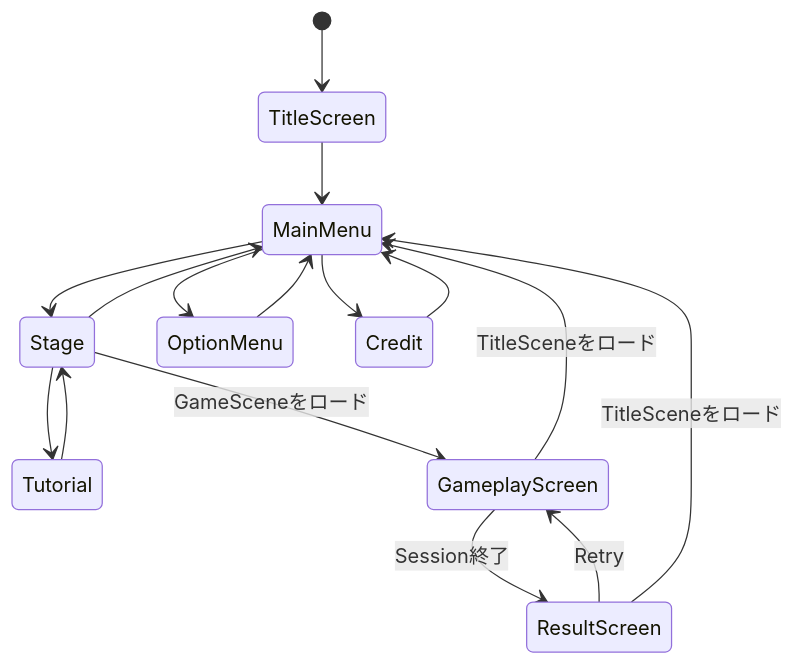
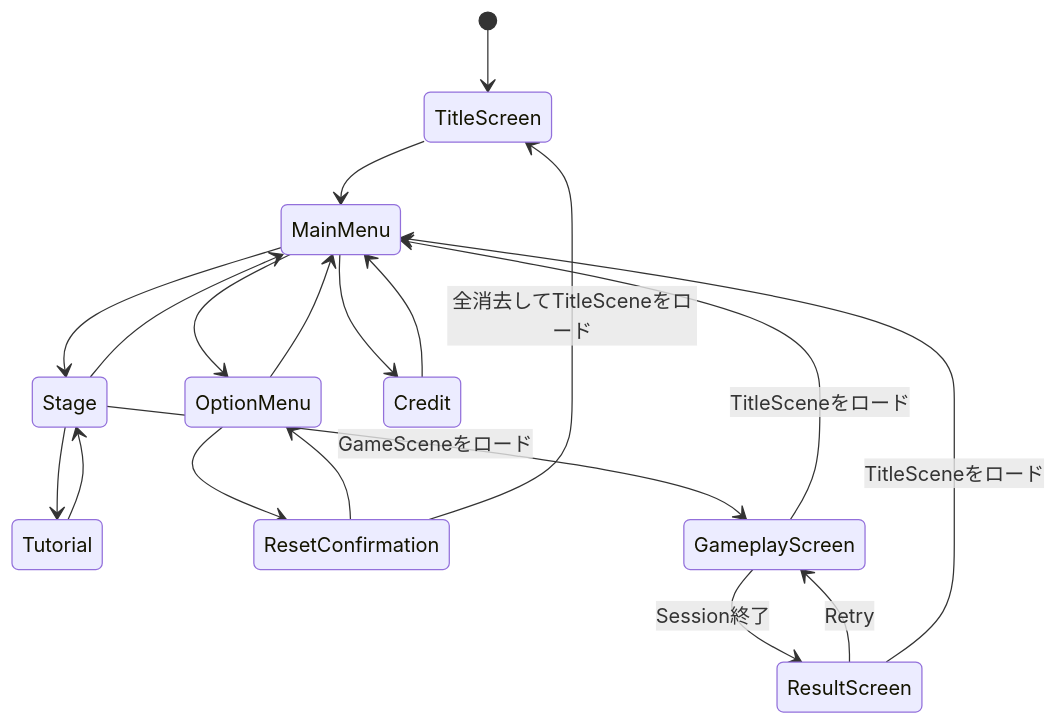
The first of 2 diagrams in docs/architecture/presentation/scene-navigation.md (MicomProcedure/change-change-change), drawn with Mermaid before and after one commit. The commit also changed other lines of this file and 4 other files, not shown here.

````diff
--- a/docs/architecture/presentation/scene-navigation.md
+++ b/docs/architecture/presentation/scene-navigation.md
@@ -28,20 +28,23 @@
 ```mermaid
 stateDiagram-v2
    [*] --> TitleScreen
    TitleScreen --> MainMenu
 
    MainMenu --> Stage
    Stage --> MainMenu
    Stage --> Tutorial
    Tutorial --> Stage
    MainMenu --> OptionMenu
    OptionMenu --> MainMenu
+   OptionMenu --> ResetConfirmation
+   ResetConfirmation --> OptionMenu
+   ResetConfirmation --> TitleScreen: 全消去してTitleSceneをロード
    MainMenu --> Credit
    Credit --> MainMenu
 
    Stage --> GameplayScreen: GameSceneをロード
    GameplayScreen --> ResultScreen: Session終了
    GameplayScreen --> MainMenu: TitleSceneをロード
    ResultScreen --> GameplayScreen: Retry
    ResultScreen --> MainMenu: TitleSceneをロード
 ```
````
